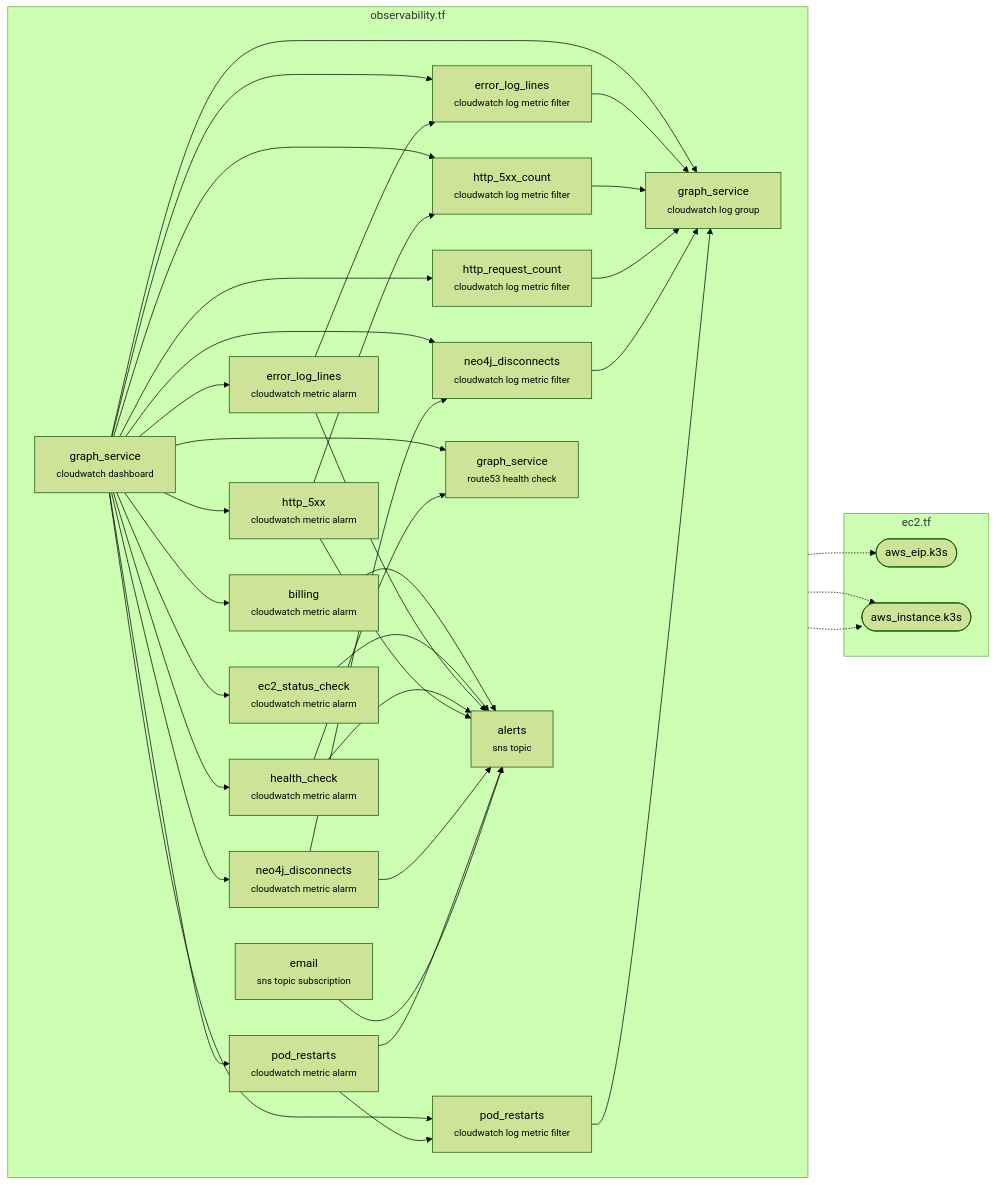
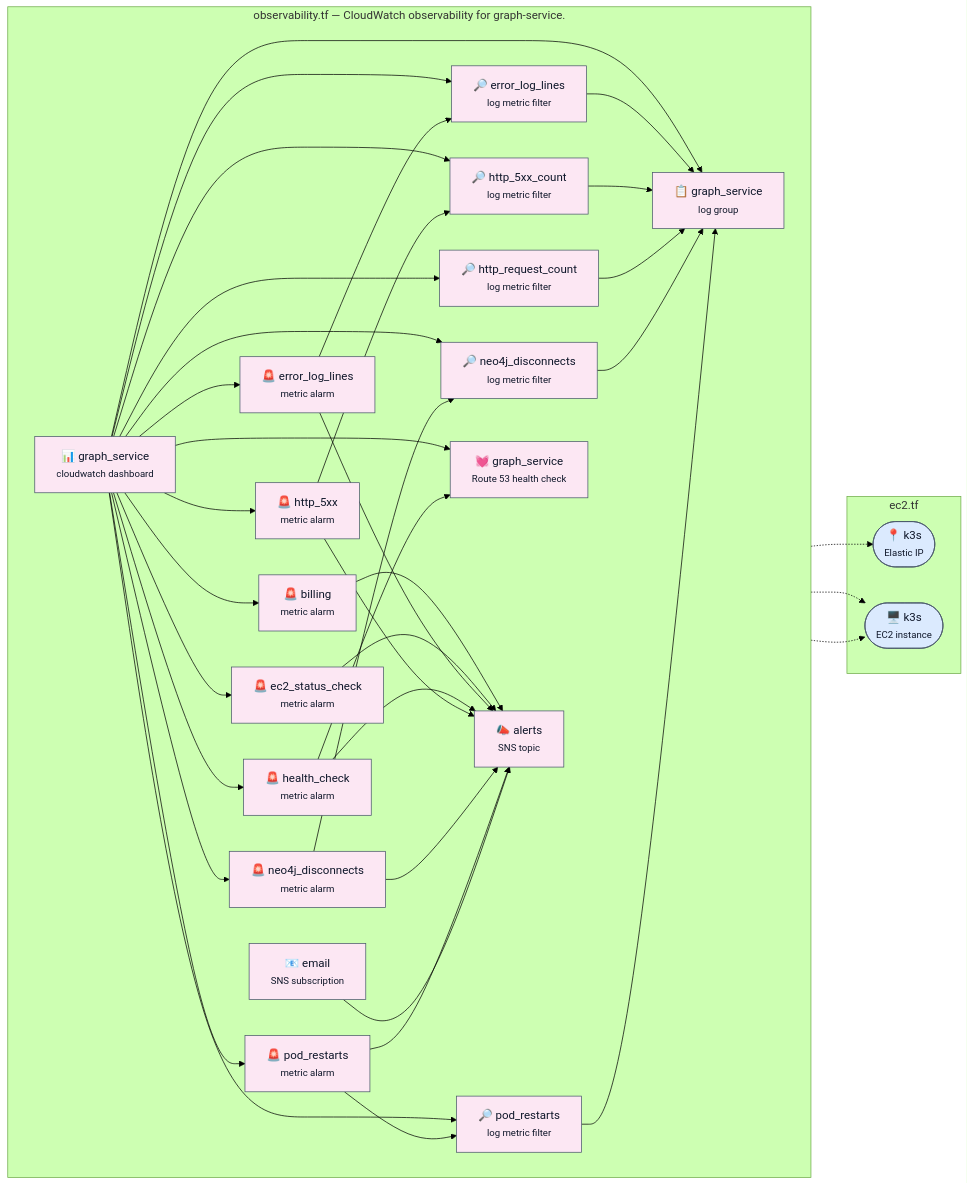
Before and after one commit to macamp0328/liner-notes: the diagram in infra/diagrams/per-file/observability.mmd, drawn with Mermaid (forest theme). The commit also changed 11 other files, not shown here.

First line of the commit message:
docs(diagrams): enrich per-file Mermaid + redesign request-flow (#149)

```diff
--- a/infra/diagrams/per-file/observability.mmd
+++ b/infra/diagrams/per-file/observability.mmd
@@ -1,62 +1,64 @@
 %% Auto-generated by scripts/diagrams/generate.ts — do not edit by hand.
 %% Source: infra/terraform/observability.tf
 flowchart LR
-  subgraph this["observability.tf"]
+  classDef compute fill:#dbeafe,stroke:#475569,color:#0f172a
+  classDef observability fill:#fce7f3,stroke:#475569,color:#0f172a
+  subgraph this["observability.tf — CloudWatch observability for graph-service."]
     direction LR
-    aws_cloudwatch_log_group_graph_service["graph_service<br/><small>cloudwatch log group</small>"]
-    aws_sns_topic_alerts["alerts<br/><small>sns topic</small>"]
-    aws_sns_topic_subscription_email["email<br/><small>sns topic subscription</small>"]
-    aws_cloudwatch_log_metric_filter_pod_restarts["pod_restarts<br/><small>cloudwatch log metric filter</small>"]
-    aws_cloudwatch_metric_alarm_pod_restarts["pod_restarts<br/><small>cloudwatch metric alarm</small>"]
-    aws_route53_health_check_graph_service["graph_service<br/><small>route53 health check</small>"]
-    aws_cloudwatch_metric_alarm_health_check["health_check<br/><small>cloudwatch metric alarm</small>"]
-    aws_cloudwatch_metric_alarm_ec2_status_check["ec2_status_check<br/><small>cloudwatch metric alarm</small>"]
-    aws_cloudwatch_log_metric_filter_error_log_lines["error_log_lines<br/><small>cloudwatch log metric filter</small>"]
-    aws_cloudwatch_metric_alarm_error_log_lines["error_log_lines<br/><small>cloudwatch metric alarm</small>"]
-    aws_cloudwatch_log_metric_filter_http_request_count["http_request_count<br/><small>cloudwatch log metric filter</small>"]
-    aws_cloudwatch_log_metric_filter_http_5xx_count["http_5xx_count<br/><small>cloudwatch log metric filter</small>"]
-    aws_cloudwatch_metric_alarm_http_5xx["http_5xx<br/><small>cloudwatch metric alarm</small>"]
-    aws_cloudwatch_log_metric_filter_neo4j_disconnects["neo4j_disconnects<br/><small>cloudwatch log metric filter</small>"]
-    aws_cloudwatch_metric_alarm_neo4j_disconnects["neo4j_disconnects<br/><small>cloudwatch metric alarm</small>"]
-    aws_cloudwatch_metric_alarm_billing["billing<br/><small>cloudwatch metric alarm</small>"]
-    aws_cloudwatch_dashboard_graph_service["graph_service<br/><small>cloudwatch dashboard</small>"]
+    aws_cloudwatch_log_group_graph_service["📋 graph_service<br/><small>log group</small>"]:::observability
+    aws_sns_topic_alerts["📣 alerts<br/><small>SNS topic</small>"]:::observability
+    aws_sns_topic_subscription_email["📧 email<br/><small>SNS subscription</small>"]:::observability
+    aws_cloudwatch_log_metric_filter_pod_restarts["🔎 pod_restarts<br/><small>log metric filter</small>"]:::observability
+    aws_cloudwatch_metric_alarm_pod_restarts["🚨 pod_restarts<br/><small>metric alarm</small>"]:::observability
+    aws_route53_health_check_graph_service["💓 graph_service<br/><small>Route 53 health check</small>"]:::observability
+    aws_cloudwatch_metric_alarm_health_check["🚨 health_check<br/><small>metric alarm</small>"]:::observability
+    aws_cloudwatch_metric_alarm_ec2_status_check["🚨 ec2_status_check<br/><small>metric alarm</small>"]:::observability
+    aws_cloudwatch_log_metric_filter_error_log_lines["🔎 error_log_lines<br/><small>log metric filter</small>"]:::observability
+    aws_cloudwatch_metric_alarm_error_log_lines["🚨 error_log_lines<br/><small>metric alarm</small>"]:::observability
+    aws_cloudwatch_log_metric_filter_http_request_count["🔎 http_request_count<br/><small>log metric filter</small>"]:::observability
+    aws_cloudwatch_log_metric_filter_http_5xx_count["🔎 http_5xx_count<br/><small>log metric filter</small>"]:::observability
+    aws_cloudwatch_metric_alarm_http_5xx["🚨 http_5xx<br/><small>metric alarm</small>"]:::observability
+    aws_cloudwatch_log_metric_filter_neo4j_disconnects["🔎 neo4j_disconnects<br/><small>log metric filter</small>"]:::observability
+    aws_cloudwatch_metric_alarm_neo4j_disconnects["🚨 neo4j_disconnects<br/><small>metric alarm</small>"]:::observability
+    aws_cloudwatch_metric_alarm_billing["🚨 billing<br/><small>metric alarm</small>"]:::observability
+    aws_cloudwatch_dashboard_graph_service["📊 graph_service<br/><small>cloudwatch dashboard</small>"]:::observability
   end
   subgraph ext_ec2_tf["ec2.tf"]
-    aws_eip_k3s(["aws_eip.k3s"])
-    aws_instance_k3s(["aws_instance.k3s"])
+    aws_eip_k3s(["📍 k3s<br/><small>Elastic IP</small>"]):::compute
+    aws_instance_k3s(["🖥️ k3s<br/><small>EC2 instance</small>"]):::compute
   end
   aws_cloudwatch_dashboard_graph_service --> aws_cloudwatch_log_group_graph_service
   aws_cloudwatch_dashboard_graph_service --> aws_cloudwatch_log_metric_filter_error_log_lines
   aws_cloudwatch_dashboard_graph_service --> aws_cloudwatch_log_metric_filter_http_5xx_count
   aws_cloudwatch_dashboard_graph_service --> aws_cloudwatch_log_metric_filter_http_request_count
   aws_cloudwatch_dashboard_graph_service --> aws_cloudwatch_log_metric_filter_neo4j_disconnects
   aws_cloudwatch_dashboard_graph_service --> aws_cloudwatch_log_metric_filter_pod_restarts
   aws_cloudwatch_dashboard_graph_service --> aws_cloudwatch_metric_alarm_billing
   aws_cloudwatch_dashboard_graph_service --> aws_cloudwatch_metric_alarm_ec2_status_check
   aws_cloudwatch_dashboard_graph_service --> aws_cloudwatch_metric_alarm_error_log_lines
   aws_cloudwatch_dashboard_graph_service --> aws_cloudwatch_metric_alarm_health_check
   aws_cloudwatch_dashboard_graph_service --> aws_cloudwatch_metric_alarm_http_5xx
   aws_cloudwatch_dashboard_graph_service --> aws_cloudwatch_metric_alarm_neo4j_disconnects
   aws_cloudwatch_dashboard_graph_service --> aws_cloudwatch_metric_alarm_pod_restarts
   aws_cloudwatch_dashboard_graph_service -.-> aws_instance_k3s
   aws_cloudwatch_dashboard_graph_service --> aws_route53_health_check_graph_service
   aws_cloudwatch_log_metric_filter_error_log_lines --> aws_cloudwatch_log_group_graph_service
   aws_cloudwatch_log_metric_filter_http_5xx_count --> aws_cloudwatch_log_group_graph_service
   aws_cloudwatch_log_metric_filter_http_request_count --> aws_cloudwatch_log_group_graph_service
   aws_cloudwatch_log_metric_filter_neo4j_disconnects --> aws_cloudwatch_log_group_graph_service
   aws_cloudwatch_log_metric_filter_pod_restarts --> aws_cloudwatch_log_group_graph_service
   aws_cloudwatch_metric_alarm_billing --> aws_sns_topic_alerts
   aws_cloudwatch_metric_alarm_ec2_status_check -.-> aws_instance_k3s
   aws_cloudwatch_metric_alarm_ec2_status_check --> aws_sns_topic_alerts
   aws_cloudwatch_metric_alarm_error_log_lines --> aws_cloudwatch_log_metric_filter_error_log_lines
   aws_cloudwatch_metric_alarm_error_log_lines --> aws_sns_topic_alerts
   aws_cloudwatch_metric_alarm_health_check --> aws_route53_health_check_graph_service
   aws_cloudwatch_metric_alarm_health_check --> aws_sns_topic_alerts
   aws_cloudwatch_metric_alarm_http_5xx --> aws_cloudwatch_log_metric_filter_http_5xx_count
   aws_cloudwatch_metric_alarm_http_5xx --> aws_sns_topic_alerts
   aws_cloudwatch_metric_alarm_neo4j_disconnects --> aws_cloudwatch_log_metric_filter_neo4j_disconnects
   aws_cloudwatch_metric_alarm_neo4j_disconnects --> aws_sns_topic_alerts
   aws_cloudwatch_metric_alarm_pod_restarts --> aws_cloudwatch_log_metric_filter_pod_restarts
   aws_cloudwatch_metric_alarm_pod_restarts --> aws_sns_topic_alerts
   aws_route53_health_check_graph_service -.-> aws_eip_k3s
   aws_sns_topic_subscription_email --> aws_sns_topic_alerts
```
